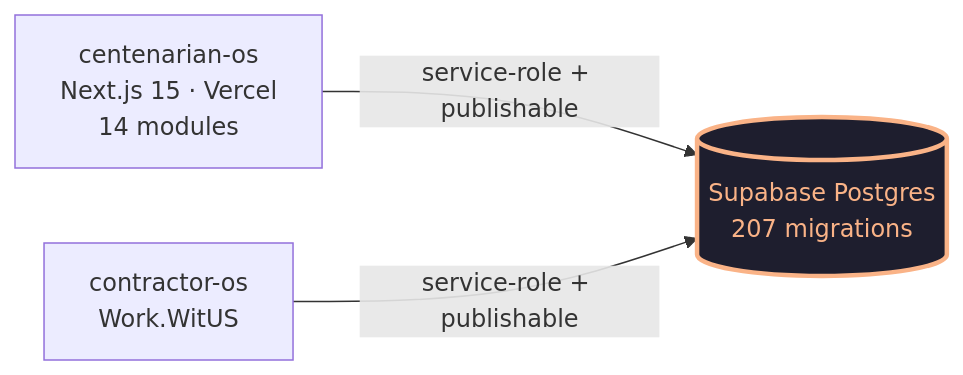
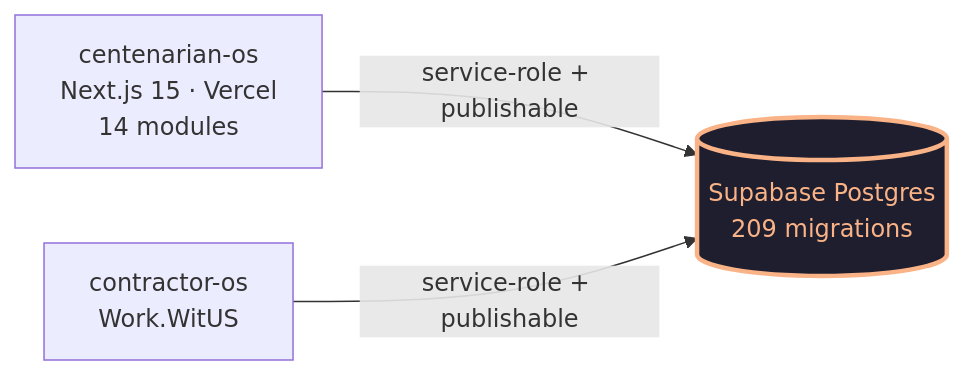
The diagram in README.md (dapperAuteur/centenarian-os), drawn with Mermaid before and after one commit. The commit also changed other lines of this file and 2 other files, not shown here.

````diff
--- a/README.md
+++ b/README.md
@@ -27,12 +27,12 @@
 ```mermaid
 flowchart LR
   classDef shared fill:#1e1e2e,stroke:#fab387,color:#fab387,stroke-width:3px
   classDef external fill:#11111b,stroke:#a6adc8,color:#a6adc8
 
   CentOS[centenarian-os<br/>Next.js 15 · Vercel<br/>14 modules]
   Contractor[contractor-os<br/>Work.WitUS]
-  DB[(Supabase Postgres<br/>207 migrations)]:::shared
+  DB[(Supabase Postgres<br/>209 migrations)]:::shared
 
   CentOS -->|service-role + publishable| DB
   Contractor -->|service-role + publishable| DB
 ```
````
